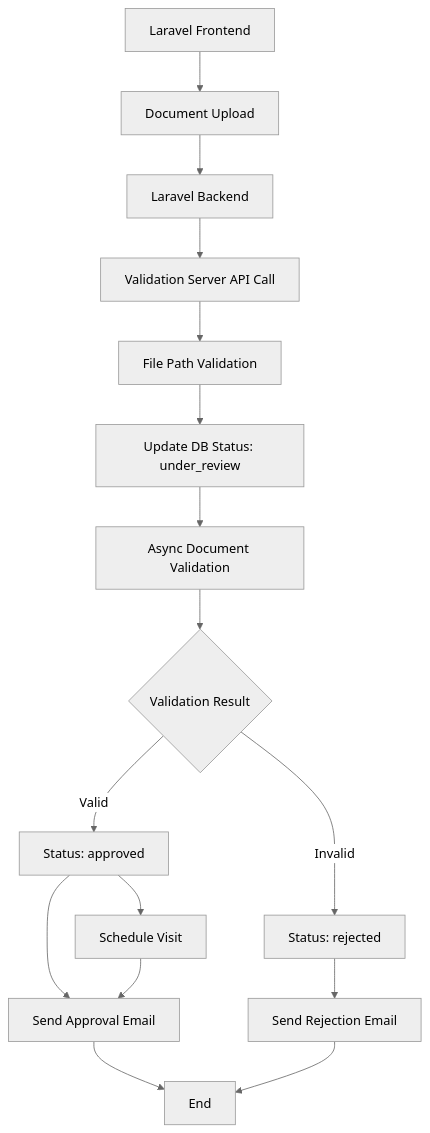
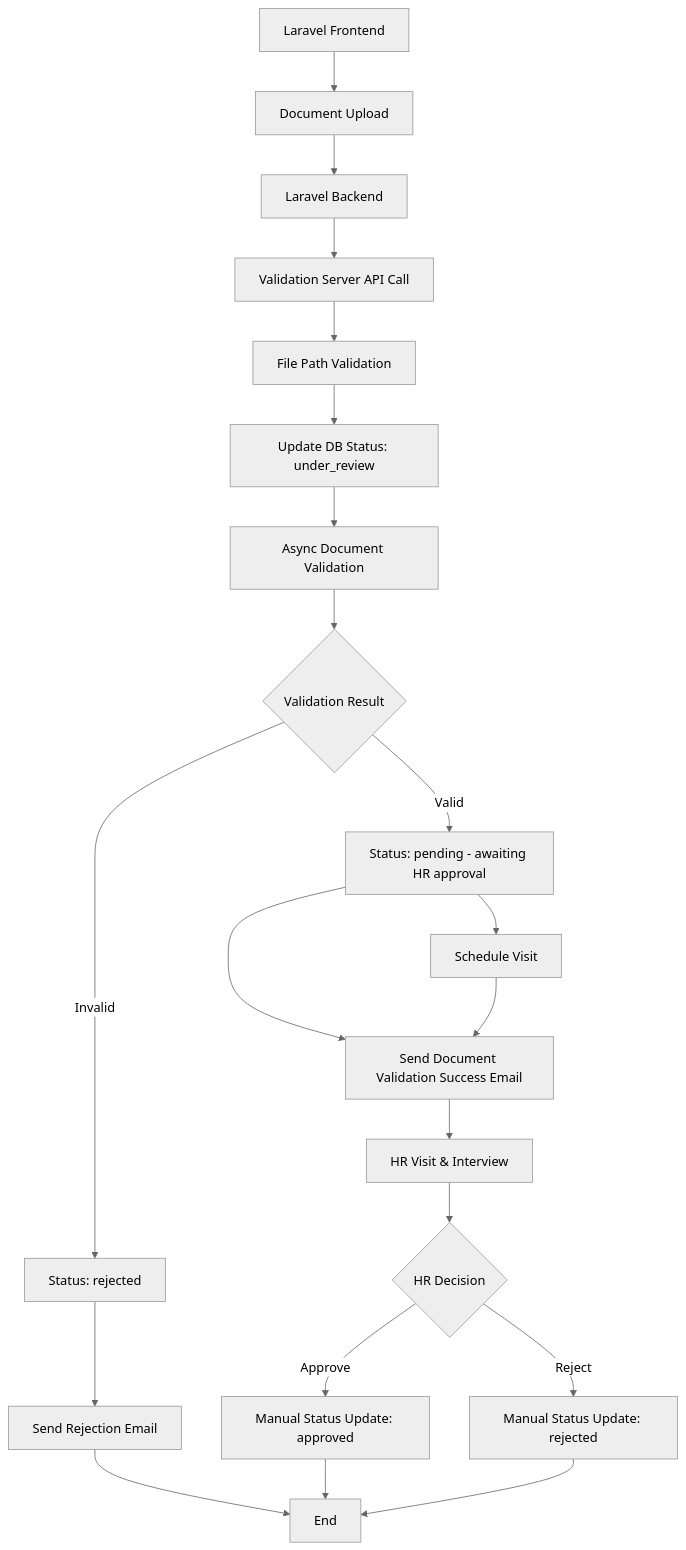
Before and after one commit to groupe-muk/beantrack: the diagram in validation-server/VALIDATION_SERVER_DOCUMENTATION.md, drawn with Mermaid (neutral theme). The commit also changed other lines of this file, not shown here.

````diff
--- a/validation-server/VALIDATION_SERVER_DOCUMENTATION.md
+++ b/validation-server/VALIDATION_SERVER_DOCUMENTATION.md
@@ -72,18 +91,23 @@
 ```mermaid
 graph TD
     A[Laravel Frontend] --> B[Document Upload]
     B --> C[Laravel Backend]
     C --> D[Validation Server API Call]
     D --> E[File Path Validation]
     E --> F[Update DB Status: under_review]
     F --> G[Async Document Validation]
     G --> H{Validation Result}
-    H -->|Valid| I[Status: approved]
+    H -->|Valid| I[Status: pending - awaiting HR approval]
     H -->|Invalid| J[Status: rejected]
     I --> K[Schedule Visit]
-    I --> L[Send Approval Email]
+    I --> L[Send Document Validation Success Email]
     J --> M[Send Rejection Email]
     K --> L
-    L --> N[End]
-    M --> N
+    L --> N[HR Visit & Interview]
+    M --> O[End]
+    N --> P{HR Decision}
+    P -->|Approve| Q[Manual Status Update: approved]
+    P -->|Reject| R[Manual Status Update: rejected]
+    Q --> O
+    R --> O
 ```
````
